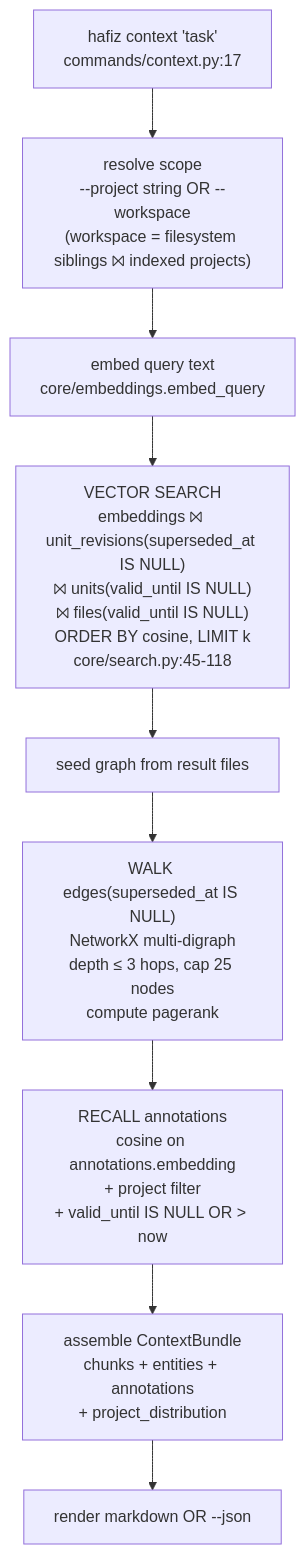
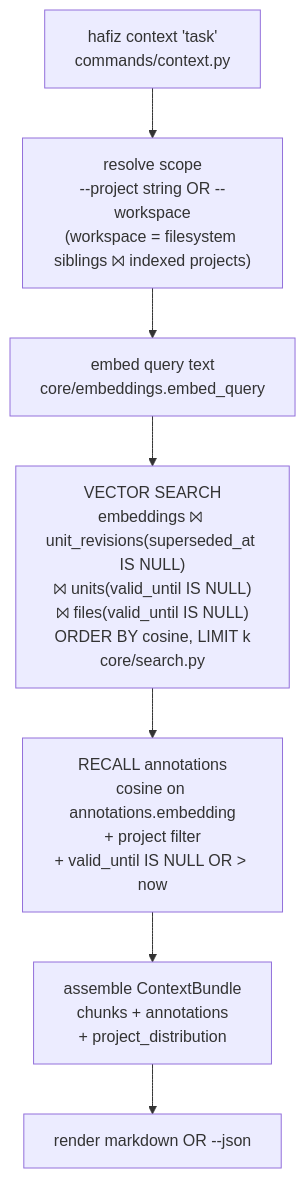
The sixth of 7 diagrams in docs/architecture.md (irsali/hafiz), drawn with Mermaid before and after one commit. The commit also changed other lines of this file and 56 other files, not shown here.

````diff
--- a/docs/architecture.md
+++ b/docs/architecture.md
@@ -350,11 +318,9 @@
 ```mermaid
 flowchart TB
-    A["hafiz context 'task'<br>commands/context.py:17"] --> B["resolve scope<br>--project string OR --workspace<br>(workspace = filesystem siblings ⨝ indexed projects)"]
+    A["hafiz context 'task'<br>commands/context.py"] --> B["resolve scope<br>--project string OR --workspace<br>(workspace = filesystem siblings ⨝ indexed projects)"]
     B --> C["embed query text<br>core/embeddings.embed_query"]
-    C --> D["VECTOR SEARCH<br>embeddings ⨝ unit_revisions(superseded_at IS NULL)<br>⨝ units(valid_until IS NULL)<br>⨝ files(valid_until IS NULL)<br>ORDER BY cosine, LIMIT k<br>core/search.py:45-118"]
-    D --> E["seed graph from result files"]
-    E --> F["WALK edges(superseded_at IS NULL)<br>NetworkX multi-digraph<br>depth ≤ 3 hops, cap 25 nodes<br>compute pagerank"]
-    F --> G["RECALL annotations<br>cosine on annotations.embedding<br>+ project filter<br>+ valid_until IS NULL OR > now"]
-    G --> H["assemble ContextBundle<br>chunks + entities + annotations<br>+ project_distribution"]
+    C --> D["VECTOR SEARCH<br>embeddings ⨝ unit_revisions(superseded_at IS NULL)<br>⨝ units(valid_until IS NULL)<br>⨝ files(valid_until IS NULL)<br>ORDER BY cosine, LIMIT k<br>core/search.py"]
+    D --> G["RECALL annotations<br>cosine on annotations.embedding<br>+ project filter<br>+ valid_until IS NULL OR > now"]
+    G --> H["assemble ContextBundle<br>chunks + annotations<br>+ project_distribution"]
     H --> I["render markdown OR --json"]
 ```
````
